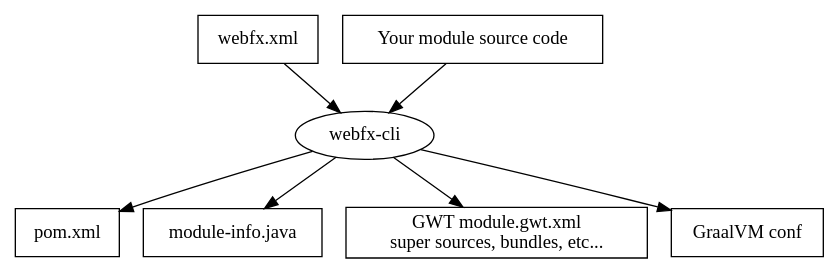
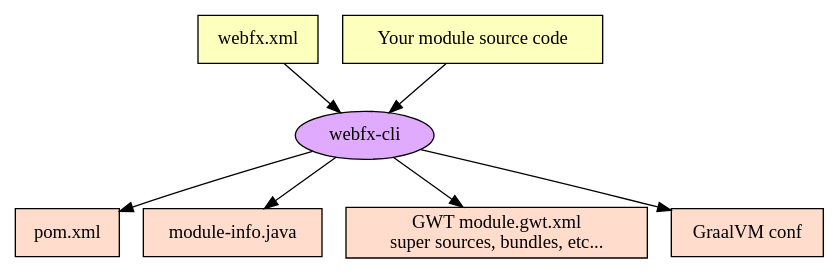
Before and after one commit to webfx-project/webfx-docs: the fourth of 5 diagrams in src/main/asciidoc/webfx-docs.adoc, drawn with Graphviz. The commit also changed other lines of this file, not shown here.

Commit message:
Colorized GraphViz graphs

```diff
--- a/src/main/asciidoc/webfx-docs.adoc
+++ b/src/main/asciidoc/webfx-docs.adoc
@@ -198,14 +201,16 @@
 [graphviz, wbfx-cli, format=svg]
 ----
 digraph {
-    node [ shape=rectangle ];
-    "webfx-cli" [shape=ellipse];
-    "webfx.xml" -> "webfx-cli"
-    "Your module source code" -> "webfx-cli"
-    "webfx-cli" -> "pom.xml"
-    "webfx-cli" -> "module-info.java"
-    "webfx-cli" -> "GWT module.gwt.xml
+    node [ shape=rectangle, fillcolor="#ffdccc", style=filled];
+    WebFXCli [label="webfx-cli", shape=ellipse, fillcolor="#e0aaff"];
+    WebFXXml [label="webfx.xml", fillcolor="#FDFFBC"];
+    Code [label="Your module source code", fillcolor="#FDFFBC"];
+    WebFXXml -> WebFXCli
+    Code -> WebFXCli
+    WebFXCli -> "pom.xml"
+    WebFXCli -> "module-info.java"
+    WebFXCli -> "GWT module.gwt.xml
 super sources, bundles, etc..."
-    "webfx-cli" -> "GraalVM conf"
+    WebFXCli -> "GraalVM conf"
 }
 ----
```
